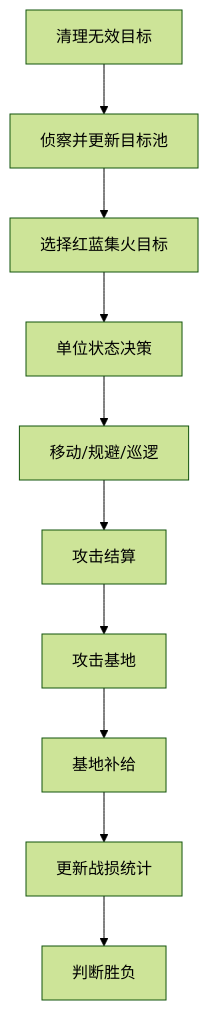
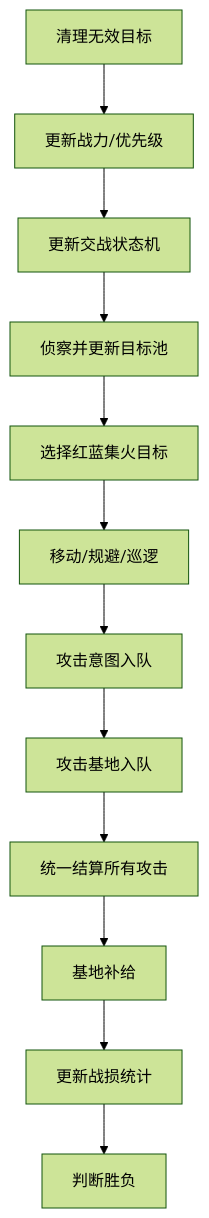
The second of 4 diagrams in docs/概要设计.md (genfa-bit/UAV_WarGame), drawn with Mermaid (forest theme) before and after one commit. The commit also changed other lines of this file and 15 other files, not shown here.

````diff
--- a/docs/概要设计.md
+++ b/docs/概要设计.md
@@ -71,12 +75,14 @@
 ```mermaid
 flowchart TD
-    A[清理无效目标] --> B[侦察并更新目标池]
-    B --> C[选择红蓝集火目标]
-    C --> D[单位状态决策]
-    D --> E[移动/规避/巡逻]
-    E --> F[攻击结算]
-    F --> G[攻击基地]
-    G --> H[基地补给]
-    H --> I[更新战损统计]
-    I --> J[判断胜负]
+    A[清理无效目标] --> B[更新战力/优先级]
+    B --> C[更新交战状态机]
+    C --> D[侦察并更新目标池]
+    D --> E[选择红蓝集火目标]
+    E --> F[移动/规避/巡逻]
+    F --> G[攻击意图入队]
+    G --> H[攻击基地入队]
+    H --> I[统一结算所有攻击]
+    I --> J[基地补给]
+    J --> K[更新战损统计]
+    K --> L[判断胜负]
 ```
````
